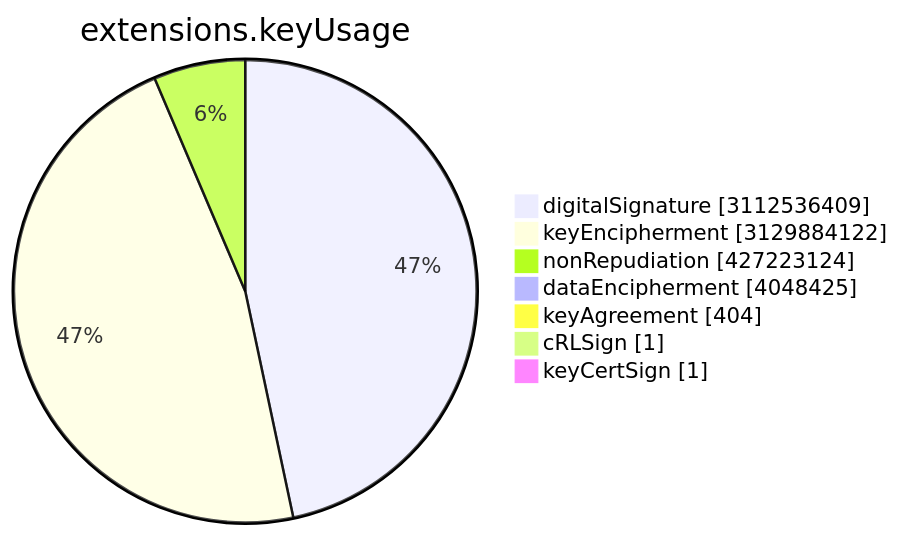
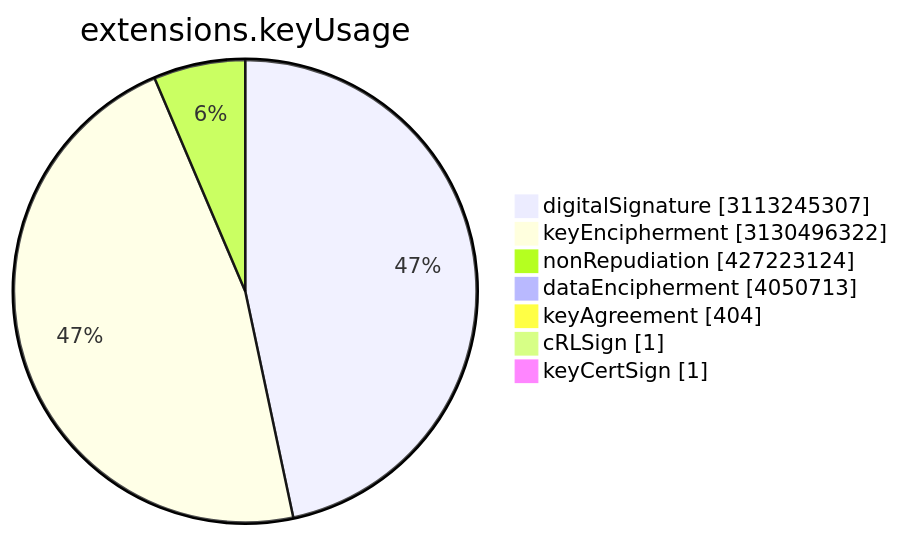
The sixth of 15 diagrams in TOTAL/README.md (christiankrug/ctmonitor_visualization), drawn with Mermaid before and after one commit. The commit also changed other lines of this file, not shown here.

````diff
--- a/TOTAL/README.md
+++ b/TOTAL/README.md
@@ -3077,11 +3077,11 @@
 ```mermaid
 pie showData
 title extensions.keyUsage
-"digitalSignature" :3112536409
-"keyEncipherment" :3129884122
+"digitalSignature" :3113245307
+"keyEncipherment" :3130496322
 "nonRepudiation" :427223124
-"dataEncipherment" :4048425
+"dataEncipherment" :4050713
 "keyAgreement" :404
 "cRLSign" :1
 "keyCertSign" :1
 ```
````
